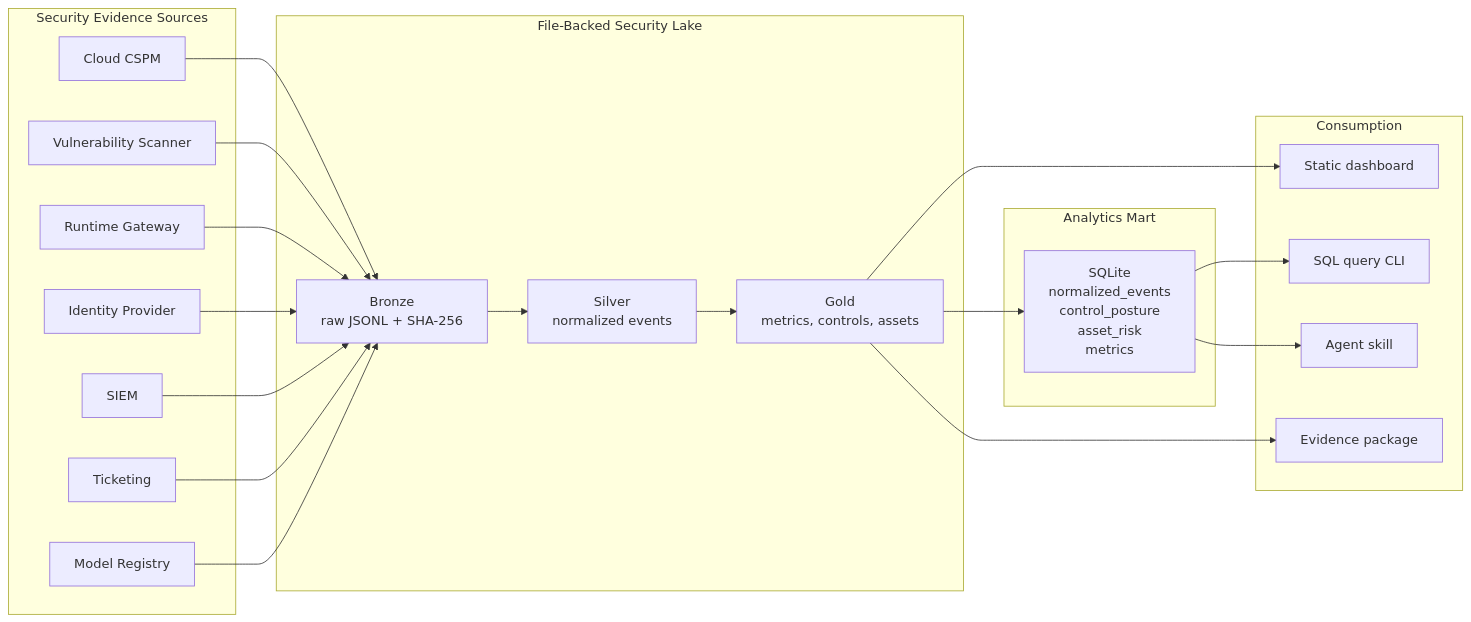
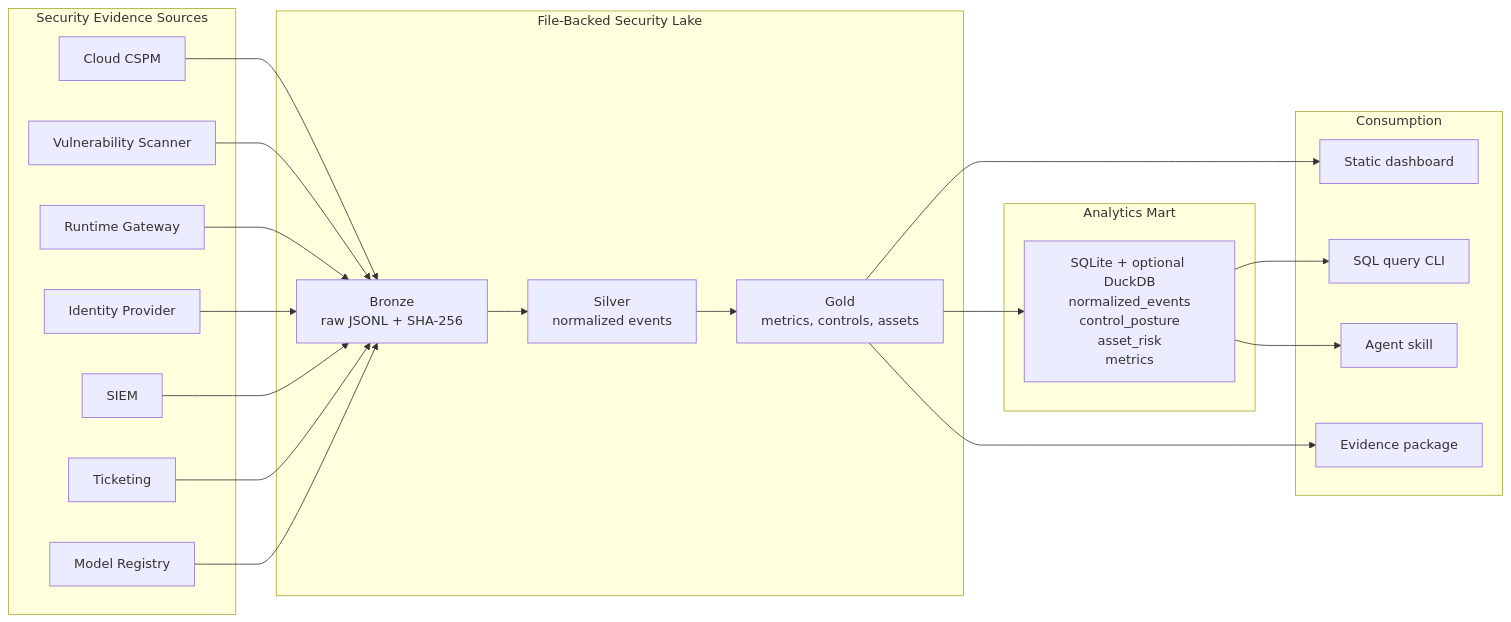
Before and after one commit to msaad00/grc-lake: the diagram in docs/diagrams/architecture.md, drawn with Mermaid. The commit also changed other lines of this file and 48 other files, not shown here.

````diff
--- a/docs/diagrams/architecture.md
+++ b/docs/diagrams/architecture.md
@@ -17,44 +15,44 @@
 ```mermaid
 flowchart LR
   subgraph Sources["Security Evidence Sources"]
     CSPM["Cloud CSPM"]
     Vuln["Vulnerability Scanner"]
     Runtime["Runtime Gateway"]
     IDP["Identity Provider"]
     SIEM["SIEM"]
     Tickets["Ticketing"]
     Registry["Model Registry"]
   end
 
   subgraph Lake["File-Backed Security Lake"]
     Bronze["Bronze<br/>raw JSONL + SHA-256"]
     Silver["Silver<br/>normalized events"]
     Gold["Gold<br/>metrics, controls, assets"]
   end
 
   subgraph Mart["Analytics Mart"]
-    SQLite["SQLite<br/>normalized_events<br/>control_posture<br/>asset_risk<br/>metrics"]
+    SQLite["SQLite + optional DuckDB<br/>normalized_events<br/>control_posture<br/>asset_risk<br/>metrics"]
   end
 
   subgraph Consumption["Consumption"]
     Dashboard["Static dashboard"]
     SQL["SQL query CLI"]
     Agent["Agent skill"]
     Audit["Evidence package"]
   end
 
   CSPM --> Bronze
   Vuln --> Bronze
   Runtime --> Bronze
   IDP --> Bronze
   SIEM --> Bronze
   Tickets --> Bronze
   Registry --> Bronze
   Bronze --> Silver
   Silver --> Gold
   Gold --> SQLite
   Gold --> Dashboard
   SQLite --> SQL
   SQLite --> Agent
   Gold --> Audit
 ```
````
